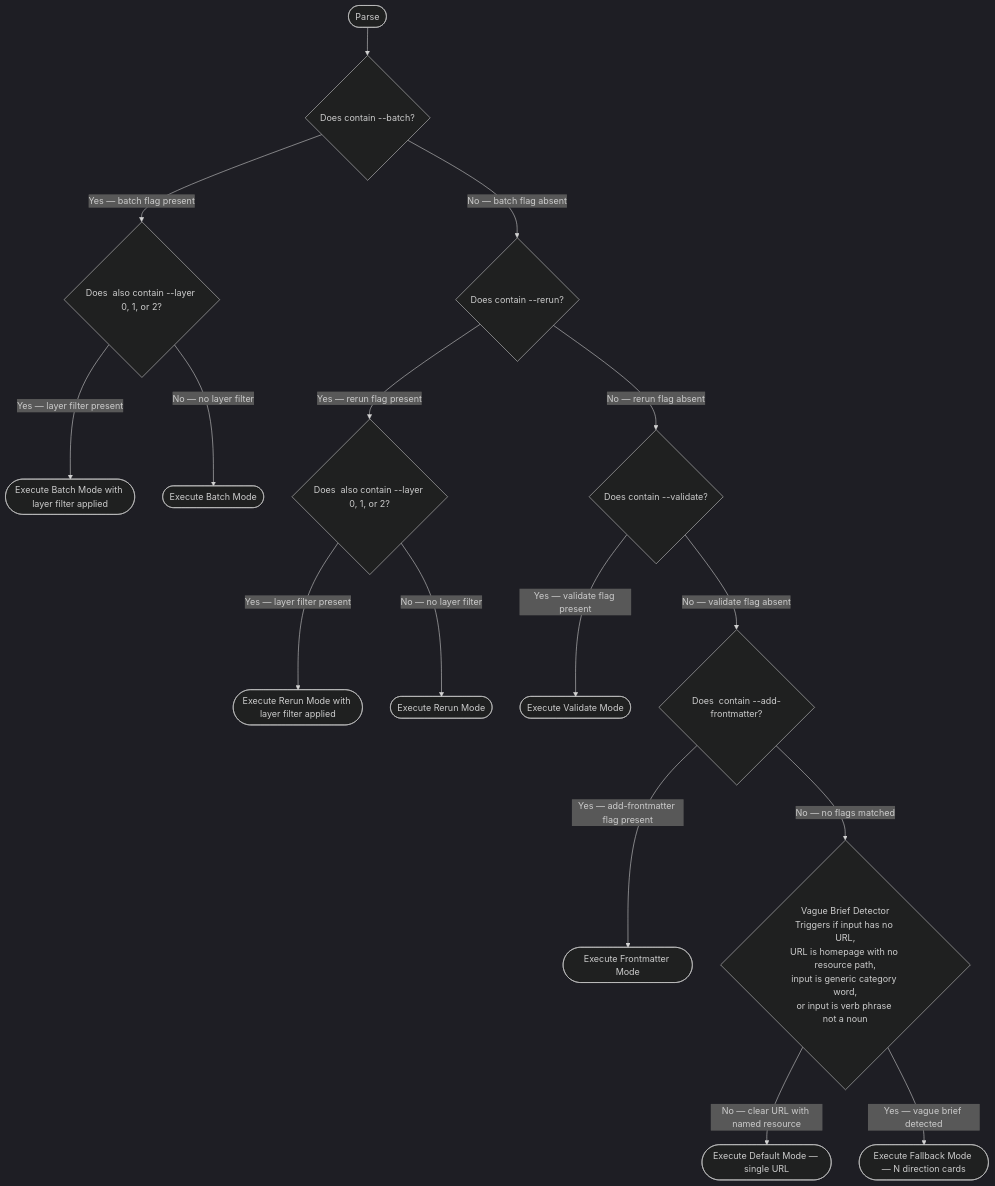
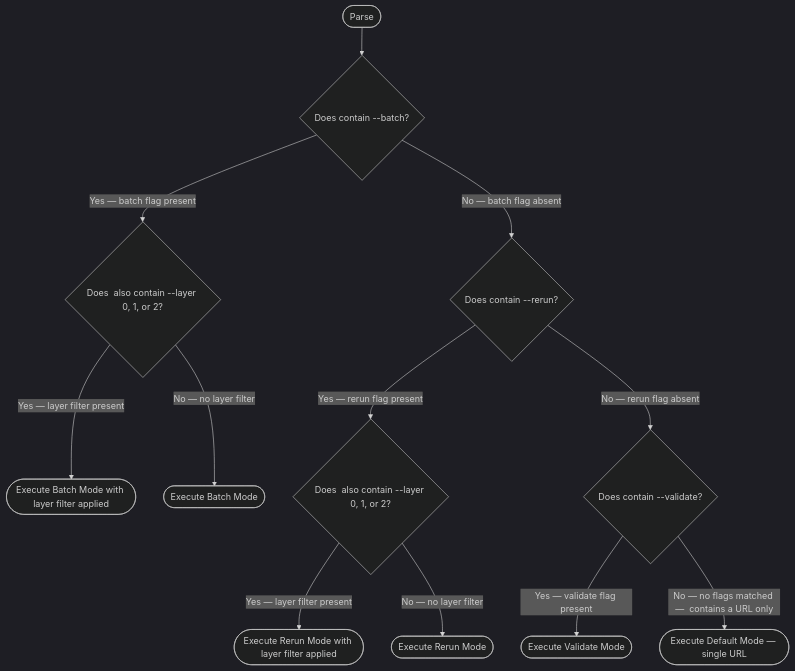
Before and after one commit to Jamie-BitFlight/claude_skills: the first of 3 diagrams in .claude/skills/research-curator/SKILL.md, drawn with Mermaid (dark theme). The commit also changed other lines of this file and 31 other files, not shown here.

````diff
--- a/.claude/skills/research-curator/SKILL.md
+++ b/.claude/skills/research-curator/SKILL.md
@@ -26,18 +26,14 @@
 ```mermaid
 flowchart TD
     Start(["Parse <mode_args/>"]) --> Q1{"Does <mode_args/> contain --batch?"}
     Q1 -->|"Yes — batch flag present"| Q1Layer{"Does <mode_args/> also contain --layer 0, 1, or 2?"}
     Q1 -->|"No — batch flag absent"| Q2{"Does <mode_args/> contain --rerun?"}
     Q1Layer -->|"Yes — layer filter present"| BatchLayer(["Execute Batch Mode with layer filter applied"])
     Q1Layer -->|"No — no layer filter"| Batch(["Execute Batch Mode"])
     Q2 -->|"Yes — rerun flag present"| Q2Layer{"Does <mode_args/> also contain --layer 0, 1, or 2?"}
     Q2 -->|"No — rerun flag absent"| Q3{"Does <mode_args/> contain --validate?"}
     Q2Layer -->|"Yes — layer filter present"| RerunLayer(["Execute Rerun Mode with layer filter applied"])
     Q2Layer -->|"No — no layer filter"| Rerun(["Execute Rerun Mode"])
     Q3 -->|"Yes — validate flag present"| Validate(["Execute Validate Mode"])
-    Q3 -->|"No — validate flag absent"| Q4{"Does <mode_args/> contain --add-frontmatter?"}
-    Q4 -->|"Yes — add-frontmatter flag present"| Frontmatter(["Execute Frontmatter Mode"])
-    Q4 -->|"No — no flags matched"| VBD{"Vague Brief Detector<br/>Triggers if input has no URL,<br/>URL is homepage with no resource path,<br/>input is generic category word,<br/>or input is verb phrase not a noun"}
-    VBD -->|"No — clear URL with named resource"| Default(["Execute Default Mode — single URL"])
-    VBD -->|"Yes — vague brief detected"| Fallback(["Execute Fallback Mode — N direction cards"])
+    Q3 -->|"No — no flags matched — <mode_args/> contains a URL only"| Default(["Execute Default Mode — single URL"])
 ```
````
